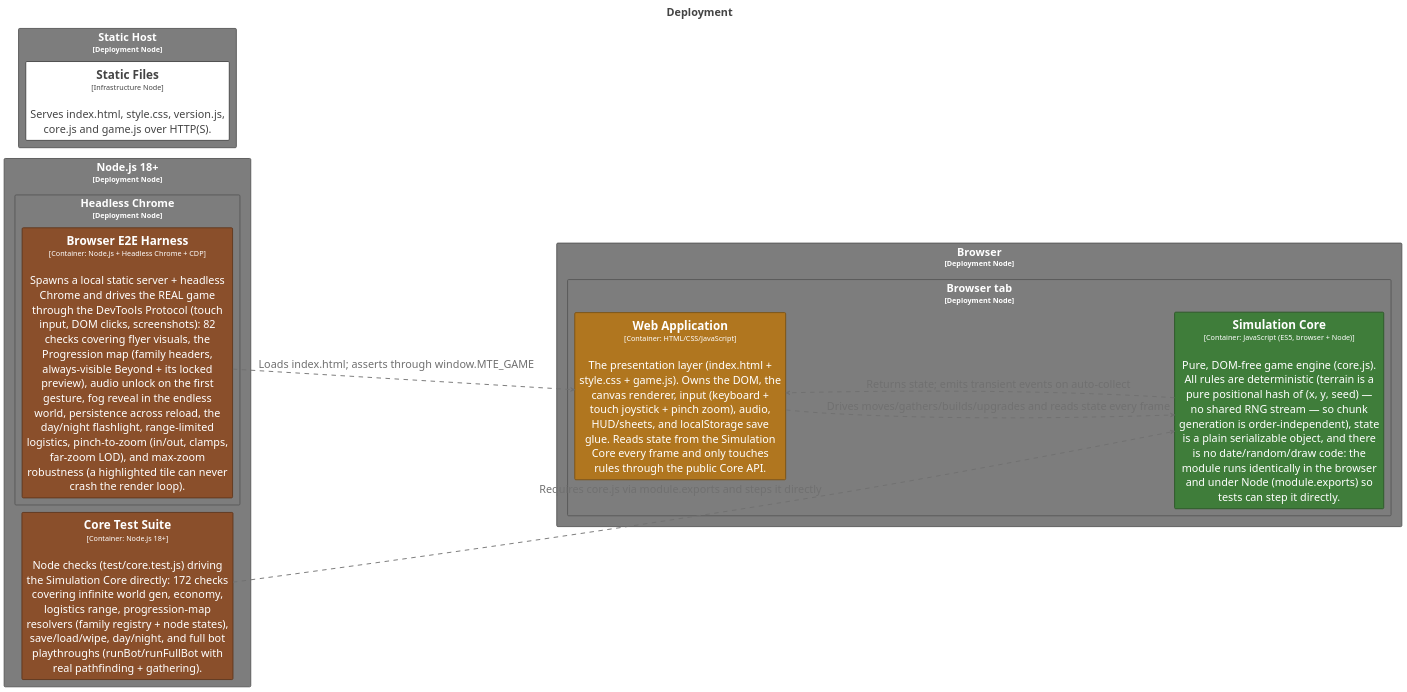
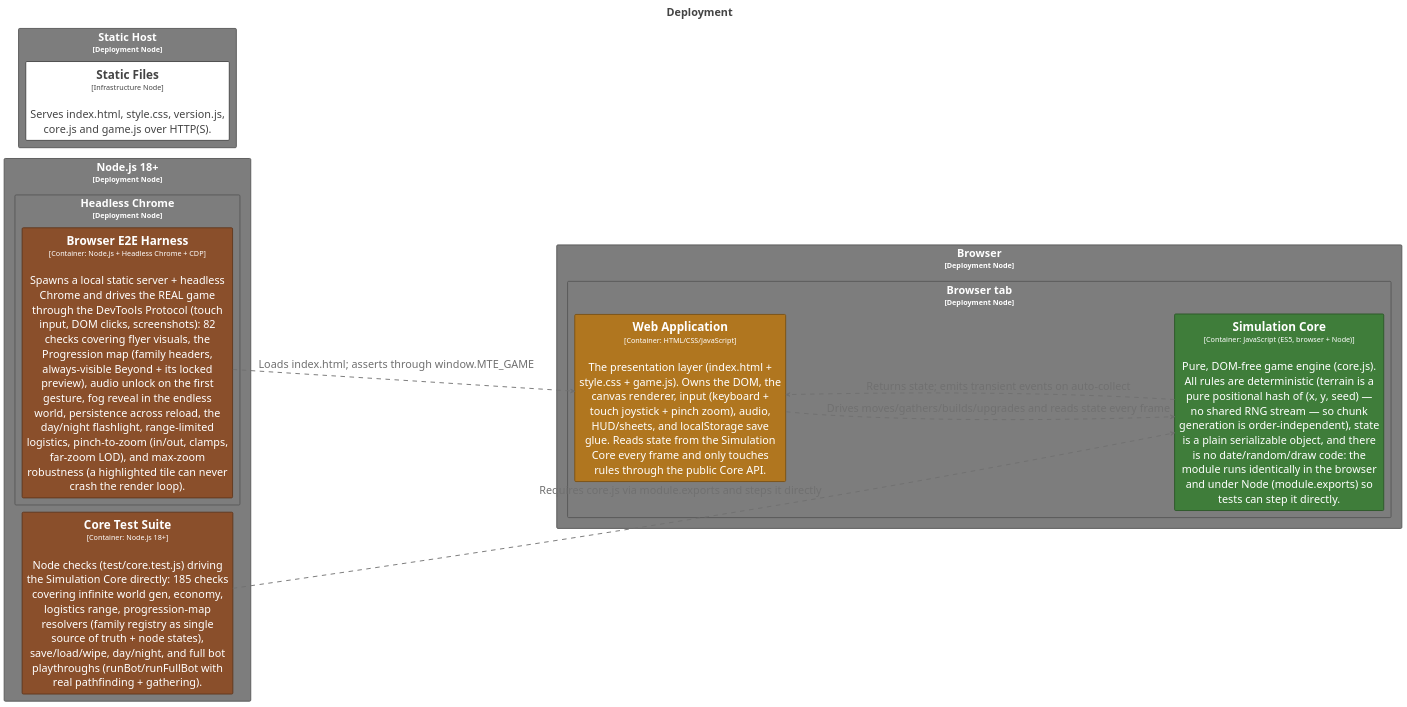
The diagram in structurizr/diagrams/Deployment.puml (bitkojine/more-than-enough), drawn with PlantUML before and after one commit. The commit also changed 7 other files, not shown here.

First line of the commit message:
v0.13.1: refactor — single-source the progression registry refs (Boy Scout)

```diff
--- a/structurizr/diagrams/Deployment.puml
+++ b/structurizr/diagrams/Deployment.puml
@@ -2,110 +2,110 @@
 @startuml
 title <size:24>Deployment</size>
 
 set separator none
 left to right direction
 skinparam ranksep 20
 skinparam nodesep 5
 hide stereotype
 
 <style>
   root {
     BackgroundColor: #ffffff;
     FontColor: #444444;
   }
   // Element
   .Element-RWxlbWVudA== {
     BackgroundColor: #ffffff;
     LineColor: #444444;
     LineStyle: 0;
     LineThickness: 2;
     FontColor: #444444;
     FontSize: 24;
     HorizontalAlignment: center;
     Shadowing: 0;
     MaximumWidth: 450;
   }
   // Element,Container,Core Engine
   .Element-RWxlbWVudCxDb250YWluZXIsQ29yZSBFbmdpbmU= {
     BackgroundColor: #3f7d3a;
     LineColor: #2c5728;
     LineStyle: 0;
     LineThickness: 2;
     FontColor: #ffffff;
     FontSize: 24;
     HorizontalAlignment: center;
     Shadowing: 0;
     MaximumWidth: 450;
   }
   // Element,Container,Presentation
   .Element-RWxlbWVudCxDb250YWluZXIsUHJlc2VudGF0aW9u {
     BackgroundColor: #b0761f;
     LineColor: #7b5215;
     LineStyle: 0;
     LineThickness: 2;
     FontColor: #ffffff;
     FontSize: 24;
     HorizontalAlignment: center;
     Shadowing: 0;
     MaximumWidth: 450;
   }
   // Element,Container,Tooling,Test
   .Element-RWxlbWVudCxDb250YWluZXIsVG9vbGluZyxUZXN0 {
     BackgroundColor: #8a4f2b;
     LineColor: #60371e;
     LineStyle: 0;
     LineThickness: 2;
     FontColor: #ffffff;
     FontSize: 24;
     HorizontalAlignment: center;
     Shadowing: 0;
     MaximumWidth: 450;
   }
   // Relationship
   .Relationship-UmVsYXRpb25zaGlw {
     LineThickness: 2;
     LineStyle: 10-10;
     LineColor: #707070;
     FontColor: #707070;
     FontSize: 24;
     MaximumWidth: 200;
   }
   // Element,Deployment Node
   .DeploymentNode-RWxlbWVudCxEZXBsb3ltZW50IE5vZGU= {
     BackgroundColor: #7d7d7d;
     LineColor: #575757;
     LineStyle: 0;
     LineThickness: 2;
     FontColor: #ffffff;
     FontSize: 24;
     HorizontalAlignment: center;
     Shadowing: 0;
   }
 </style>
 
 rectangle "Browser\n<size:16>[Deployment Node]</size>" <<DeploymentNode-RWxlbWVudCxEZXBsb3ltZW50IE5vZGU=>> as LocalDevelopment.Browser {
   rectangle "Browser tab\n<size:16>[Deployment Node]</size>" <<DeploymentNode-RWxlbWVudCxEZXBsb3ltZW50IE5vZGU=>> as LocalDevelopment.Browser.Browsertab {
     rectangle "==Web Application\n<size:16>[Container: HTML/CSS/JavaScript]</size>\n\nThe presentation layer (index.html + style.css + game.js). Owns the DOM, the canvas renderer, input (keyboard + touch joystick + pinch zoom), audio, HUD/sheets, and localStorage save glue. Reads state from the Simulation Core every frame and only touches rules through the public Core API." <<Element-RWxlbWVudCxDb250YWluZXIsUHJlc2VudGF0aW9u>> as LocalDevelopment.Browser.Browsertab.WebApplication_1
     rectangle "==Simulation Core\n<size:16>[Container: JavaScript (ES5, browser + Node)]</size>\n\nPure, DOM-free game engine (core.js). All rules are deterministic (terrain is a pure positional hash of (x, y, seed) — no shared RNG stream — so chunk generation is order-independent), state is a plain serializable object, and there is no date/random/draw code: the module runs identically in the browser and under Node (module.exports) so tests can step it directly." <<Element-RWxlbWVudCxDb250YWluZXIsQ29yZSBFbmdpbmU=>> as LocalDevelopment.Browser.Browsertab.SimulationCore_1
   }
 
 }
 
 rectangle "Static Host\n<size:16>[Deployment Node]</size>" <<DeploymentNode-RWxlbWVudCxEZXBsb3ltZW50IE5vZGU=>> as LocalDevelopment.StaticHost {
   rectangle "==Static Files\n<size:16>[Infrastructure Node]</size>\n\nServes index.html, style.css, version.js, core.js and game.js over HTTP(S)." <<Element-RWxlbWVudA==>> as LocalDevelopment.StaticHost.StaticFiles
 }
 
 rectangle "Node.js 18+\n<size:16>[Deployment Node]</size>" <<DeploymentNode-RWxlbWVudCxEZXBsb3ltZW50IE5vZGU=>> as LocalDevelopment.Nodejs18 {
-  rectangle "==Core Test Suite\n<size:16>[Container: Node.js 18+]</size>\n\nNode checks (test/core.test.js) driving the Simulation Core directly: 172 checks covering infinite world gen, economy, logistics range, progression-map resolvers (family registry + node states), save/load/wipe, day/night, and full bot playthroughs (runBot/runFullBot with real pathfinding + gathering)." <<Element-RWxlbWVudCxDb250YWluZXIsVG9vbGluZyxUZXN0>> as LocalDevelopment.Nodejs18.CoreTestSuite_1
+  rectangle "==Core Test Suite\n<size:16>[Container: Node.js 18+]</size>\n\nNode checks (test/core.test.js) driving the Simulation Core directly: 185 checks covering infinite world gen, economy, logistics range, progression-map resolvers (family registry as single source of truth + node states), save/load/wipe, day/night, and full bot playthroughs (runBot/runFullBot with real pathfinding + gathering)." <<Element-RWxlbWVudCxDb250YWluZXIsVG9vbGluZyxUZXN0>> as LocalDevelopment.Nodejs18.CoreTestSuite_1
   rectangle "Headless Chrome\n<size:16>[Deployment Node]</size>" <<DeploymentNode-RWxlbWVudCxEZXBsb3ltZW50IE5vZGU=>> as LocalDevelopment.Nodejs18.HeadlessChrome {
     rectangle "==Browser E2E Harness\n<size:16>[Container: Node.js + Headless Chrome + CDP]</size>\n\nSpawns a local static server + headless Chrome and drives the REAL game through the DevTools Protocol (touch input, DOM clicks, screenshots): 82 checks covering flyer visuals, the Progression map (family headers, always-visible Beyond + its locked preview), audio unlock on the first gesture, fog reveal in the endless world, persistence across reload, the day/night flashlight, range-limited logistics, pinch-to-zoom (in/out, clamps, far-zoom LOD), and max-zoom robustness (a highlighted tile can never crash the render loop)." <<Element-RWxlbWVudCxDb250YWluZXIsVG9vbGluZyxUZXN0>> as LocalDevelopment.Nodejs18.HeadlessChrome.BrowserE2EHarness_1
   }
 
 }
 
 LocalDevelopment.Browser.Browsertab.SimulationCore_1 --> LocalDevelopment.Browser.Browsertab.WebApplication_1 <<Relationship-UmVsYXRpb25zaGlw>> : "Returns state; emits transient events on auto-collect"
 LocalDevelopment.Browser.Browsertab.WebApplication_1 --> LocalDevelopment.Browser.Browsertab.SimulationCore_1 <<Relationship-UmVsYXRpb25zaGlw>> : "Drives moves/gathers/builds/upgrades and reads state every frame"
 LocalDevelopment.Nodejs18.CoreTestSuite_1 --> LocalDevelopment.Browser.Browsertab.SimulationCore_1 <<Relationship-UmVsYXRpb25zaGlw>> : "Requires core.js via module.exports and steps it directly"
 LocalDevelopment.Nodejs18.HeadlessChrome.BrowserE2EHarness_1 --> LocalDevelopment.Browser.Browsertab.WebApplication_1 <<Relationship-UmVsYXRpb25zaGlw>> : "Loads index.html; asserts through window.MTE_GAME"
 
 @enduml
```
